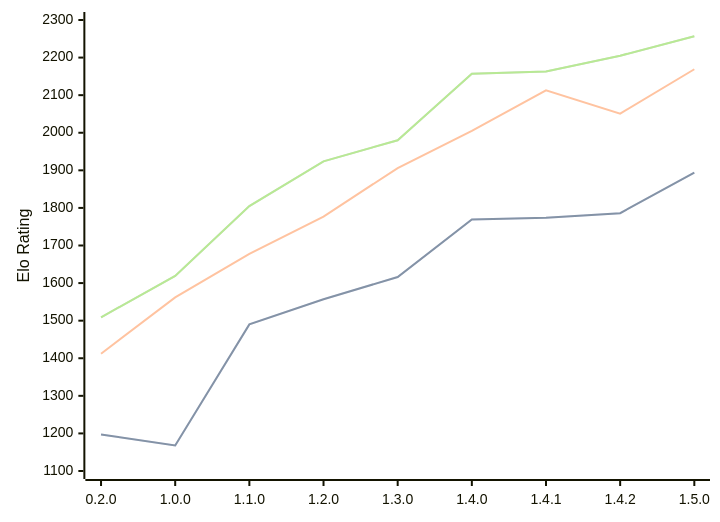
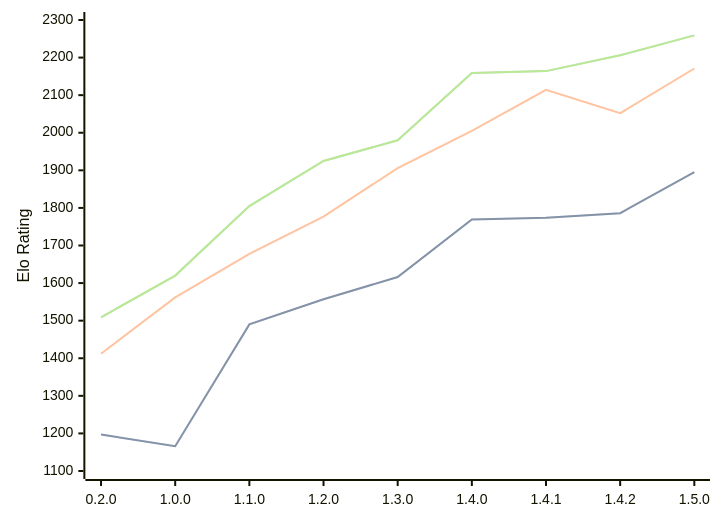
One commit to computer-chess-index/cci changed the third of 3 diagrams in engines/Zeppelin.md. Above: the diagram before and after it, drawn with Mermaid. The commit also changed other lines of this file, not shown here.

Commit message:
Update CCI Ratings (ELO VLTC) - 2026-06-30

````diff
--- a/engines/Zeppelin.md
+++ b/engines/Zeppelin.md
@@ -74,11 +74,11 @@
 ```mermaid
 %%{init: {"theme":"base","themeVariables":{"seriesColors:['#a3a3a3','#222221','#faa371']}}}%%
 xychart-beta
   x-axis ["0.2.0", "1.0.0", "1.1.0", "1.2.0", "1.3.0", "1.4.0", "1.4.1", "1.4.2", "1.5.0"]
   y-axis "Elo Rating" 1100 --> 2300
-  line "STC (8.0+0.08s)" [1197, 1168, 1490, 1557, 1616, 1769, 1774, 1786, 1894]
-  line "STC (8.0+0.08s)" [1197, 1168, 1490, 1557, 1616, 1769, 1774, 1786, 1894]
-  line "LTC (60.0+0.60s)" [1412, 1562, 1678, 1777, 1906, 2005, 2113, 2051, 2169]
-  line "VLTC (2m24s+1.12s)" [1509, 1619, 1805, 1924, 1980, 2157, 2163, 2205, 2257]
-  line "VLTC (2m24s+1.12s)" [1509, 1619, 1805, 1924, 1980, 2157, 2163, 2205, 2257]
+  line "STC (8.0+0.08s)" [1197, 1166, 1490, 1557, 1616, 1769, 1774, 1786, 1895]
+  line "STC (8.0+0.08s)" [1197, 1166, 1490, 1557, 1616, 1769, 1774, 1786, 1895]
+  line "LTC (60.0+0.60s)" [1412, 1562, 1678, 1777, 1906, 2005, 2114, 2052, 2171]
+  line "VLTC (2m24s+1.12s)" [1509, 1620, 1805, 1925, 1980, 2159, 2164, 2206, 2259]
+  line "VLTC (2m24s+1.12s)" [1509, 1620, 1805, 1925, 1980, 2159, 2164, 2206, 2259]
 ```
````
